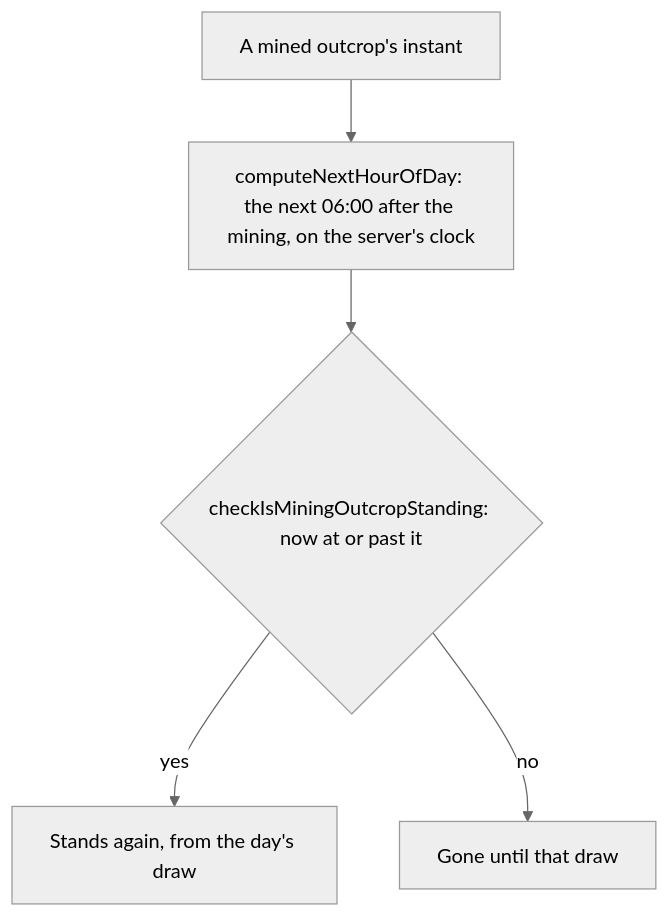
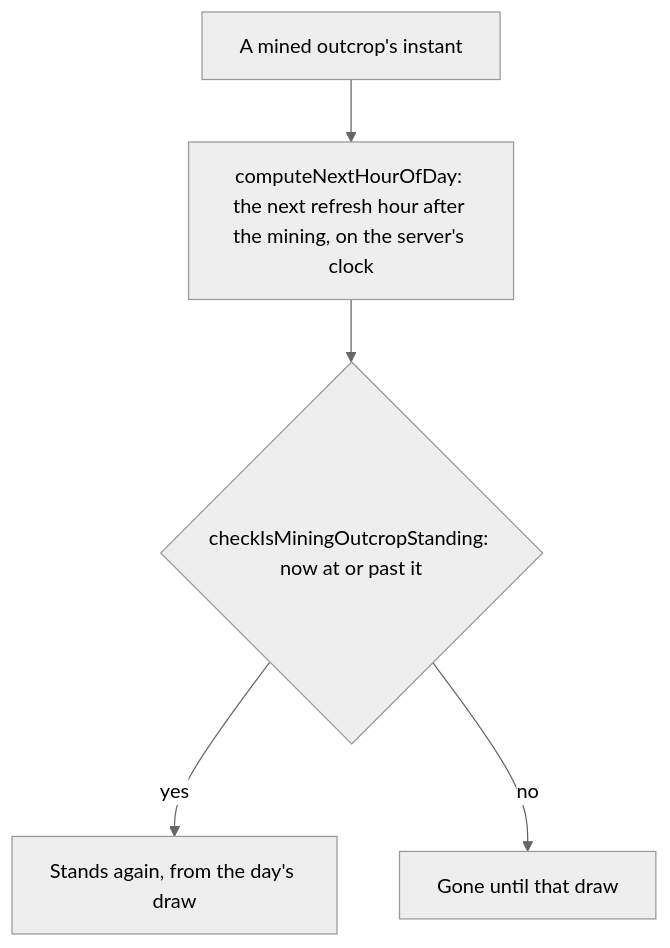
Before and after one commit to Esposter/Esposter: the diagram in openspec/specs/genshin/mining-outcrops/design.md, drawn with Mermaid (neutral theme). The commit also changed other lines of this file and 41 other files, not shown here.

````diff
--- a/openspec/specs/genshin/mining-outcrops/design.md
+++ b/openspec/specs/genshin/mining-outcrops/design.md
@@ -7,7 +7,7 @@
 ```mermaid
 flowchart TD
-  M["A mined outcrop's instant"] --> P["computeNextHourOfDay: the next 06:00 after the mining, on the server's clock"]
+  M["A mined outcrop's instant"] --> P["computeNextHourOfDay: the next refresh hour after the mining, on the server's clock"]
   P --> S{"checkIsMiningOutcropStanding: now at or past it"}
   S -->|"yes"| D["Stands again, from the day's draw"]
   S -->|"no"| G["Gone until that draw"]
 ```
````
